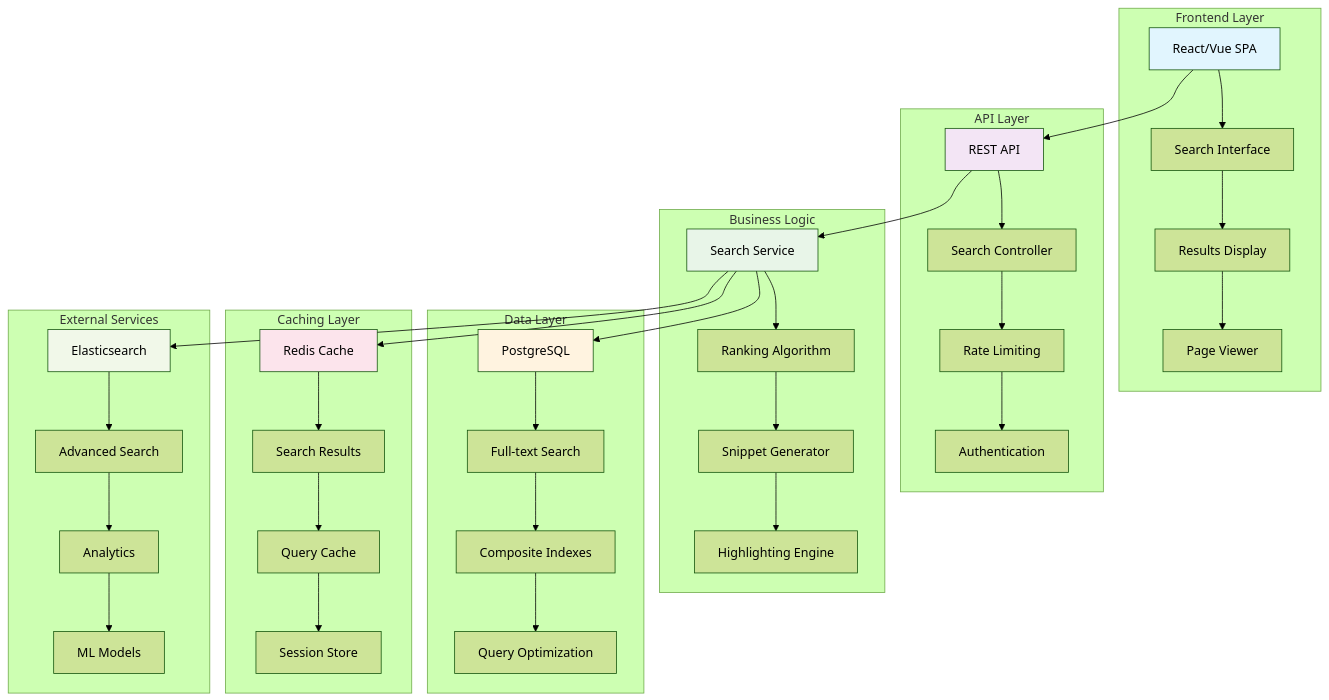
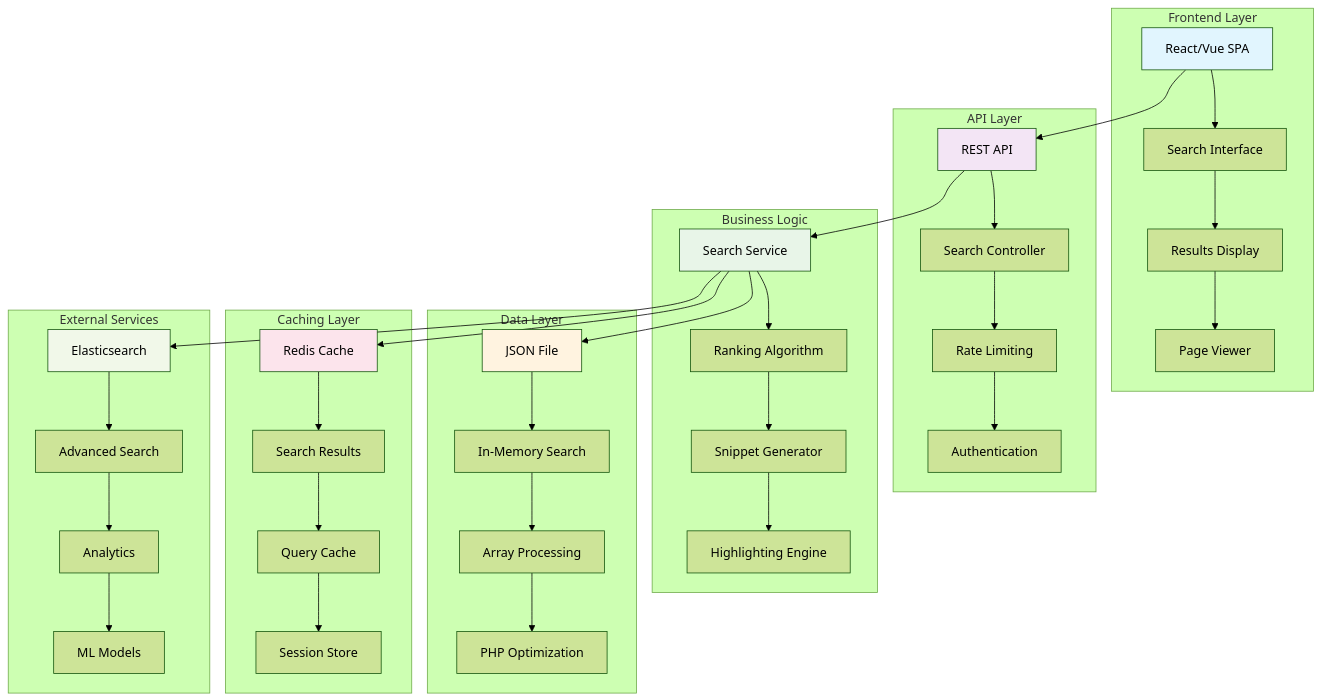
The diagram in DOCUMENTATION.md (spchinazo/search-inside-a-book), drawn with Mermaid (forest theme) before and after one commit. The commit also changed other lines of this file, not shown here.

````diff
--- a/DOCUMENTATION.md
+++ b/DOCUMENTATION.md
@@ -230,51 +255,51 @@
 ```mermaid
 graph TB
     subgraph "Frontend Layer"
         A[React/Vue SPA] --> B[Search Interface]
         B --> C[Results Display]
         C --> D[Page Viewer]
     end
     
     subgraph "API Layer"
         E[REST API] --> F[Search Controller]
         F --> G[Rate Limiting]
         G --> H[Authentication]
     end
     
     subgraph "Business Logic"
         I[Search Service] --> J[Ranking Algorithm]
         J --> K[Snippet Generator]
         K --> L[Highlighting Engine]
     end
     
     subgraph "Data Layer"
-        M[PostgreSQL] --> N[Full-text Search]
-        N --> O[Composite Indexes]
-        O --> P[Query Optimization]
+        M[JSON File] --> N[In-Memory Search]
+        N --> O[Array Processing]
+        O --> P[PHP Optimization]
     end
     
     subgraph "Caching Layer"
         Q[Redis Cache] --> R[Search Results]
         R --> S[Query Cache]
         S --> T[Session Store]
     end
     
     subgraph "External Services"
         U[Elasticsearch] --> V[Advanced Search]
         V --> W[Analytics]
         W --> X[ML Models]
     end
     
     A --> E
     E --> I
     I --> M
     I --> Q
     I --> U
     
     style A fill:#e1f5fe
     style E fill:#f3e5f5
     style I fill:#e8f5e8
     style M fill:#fff3e0
     style Q fill:#fce4ec
     style U fill:#f1f8e9
 ```
````
